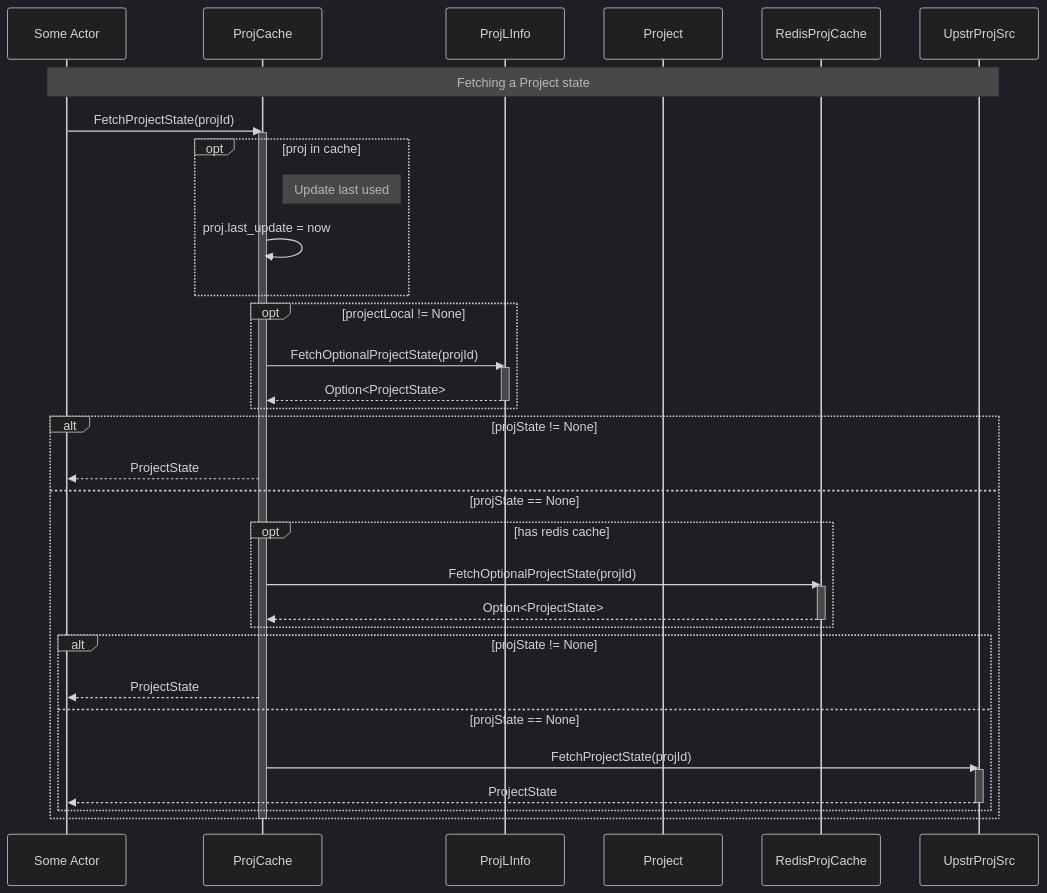
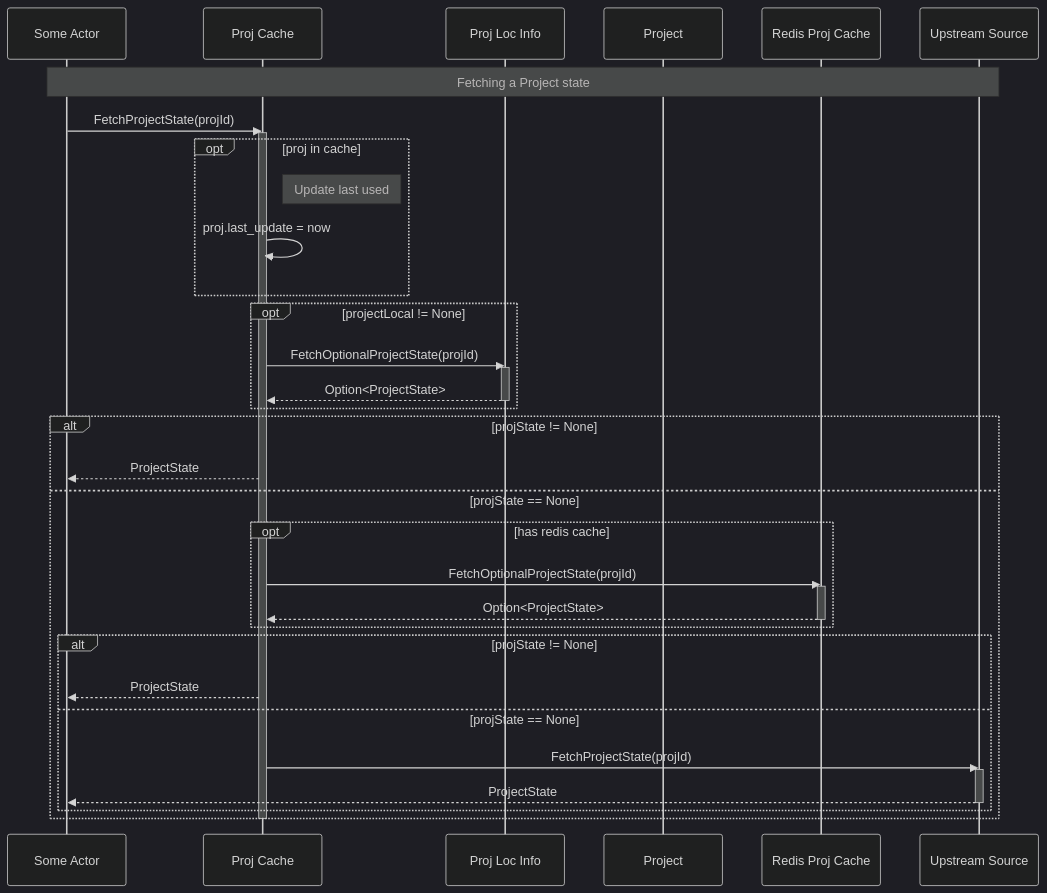
One commit to getsentry/relay changed the second of 3 diagrams in docs/architecture/project-configuration.md. Above: the diagram before and after it, drawn with Mermaid (dark theme). The commit also changed other lines of this file, not shown here.

Commit message:
improve actor names in diagrams

````diff
--- a/docs/architecture/project-configuration.md
+++ b/docs/architecture/project-configuration.md
@@ -49,44 +51,44 @@
 ``` mermaid
 sequenceDiagram
 participant extern as Some Actor
-participant projCache as ProjCache
-participant local as ProjLInfo
+participant projCache as Proj Cache
+participant local as Proj Loc Info
 participant proj as Project
-participant redis as RedisProjCache
-participant upstream as UpstrProjSrc
+participant redis as Redis Proj Cache
+participant upstream as Upstream Source
 
 Note over extern, upstream : Fetching a Project state
 extern->>projCache: FetchProjectState(projId)
 activate projCache
   opt proj in cache
     Note right of projCache: Update last used
     projCache->>projCache: proj.last_update = now
   end
   opt projectLocal != None
     projCache ->> local: FetchOptionalProjectState(projId)
     activate local
       local -->> projCache: Option<ProjectState>
     deactivate local
   end
   alt projState != None
   	projCache -->>extern: ProjectState
   else projState == None
   	opt has redis cache
       projCache ->> redis: FetchOptionalProjectState(projId)
       activate redis
 
   		redis -->> projCache: Option<ProjectState>
   		deactivate redis
   	end
   	
   	alt projState != None
   		projCache -->> extern: ProjectState
   	else projState == None
   		projCache ->> upstream: FetchProjectState(projId)
   		activate upstream
   		upstream -->> extern: ProjectState
   		deactivate upstream
   	end
   end
 deactivate projCache
 ```
````
